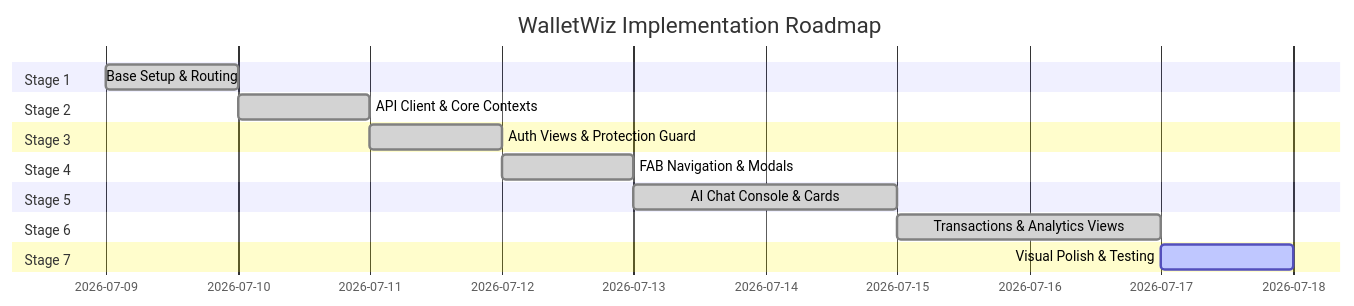
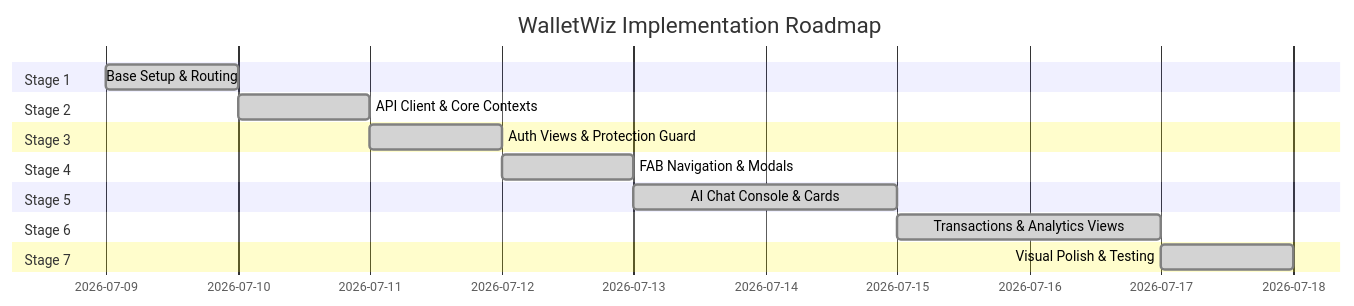
The diagram in docs/implementation_plan.md (TGSupreme/WalletWiz-Frontend), drawn with Mermaid before and after one commit. The commit also changed other lines of this file and 12 other files, not shown here.

````diff
--- a/docs/implementation_plan.md
+++ b/docs/implementation_plan.md
@@ -9,19 +9,19 @@
 ```mermaid
 gantt
     title WalletWiz Implementation Roadmap
     dateFormat  YYYY-MM-DD
     section Stage 1
     Base Setup & Routing           :done, 2026-07-09, 1d
     section Stage 2
     API Client & Core Contexts     :done, 2026-07-10, 1d
     section Stage 3
     Auth Views & Protection Guard  :done, 2026-07-11, 1d
     section Stage 4
     FAB Navigation & Modals        :done, 2026-07-12, 1d
     section Stage 5
     AI Chat Console & Cards        :done, 2026-07-13, 2d
     section Stage 6
     Transactions & Analytics Views :done, 2026-07-15, 2d
     section Stage 7
-    Visual Polish & Testing        :active, 2026-07-17, 1d
+    Visual Polish & Testing        :done, 2026-07-17, 1d
 ```
````
